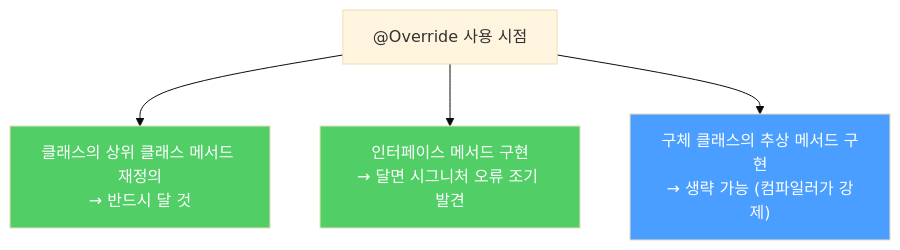
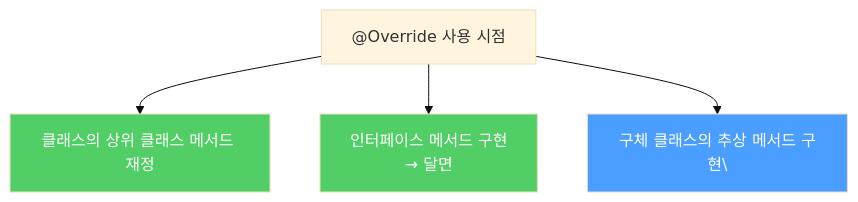
Before and after one commit to yjkim2015/yjkim2015.github.io: the second of 2 diagrams in _posts/java/2022-01-17-effective-java40.md, drawn with Mermaid (base theme). The commit also changed 271 other files, not shown here.

First line of the commit message:
Mermaid 라벨 축소: 긴 노드 텍스트 18자 이하로 트림 + \n 제거

````diff
--- a/_posts/java/2022-01-17-effective-java40.md
+++ b/_posts/java/2022-01-17-effective-java40.md
@@ -101,9 +101,9 @@
 ```mermaid
 graph TD
-    A["@Override 사용 시점"] --> B["클래스의 상위 클래스 메서드 재정의\n→ 반드시 달 것"]
-    A --> C["인터페이스 메서드 구현\n→ 달면 시그니처 오류 조기 발견"]
-    A --> D["구체 클래스의 추상 메서드 구현\n→ 생략 가능 (컴파일러가 강제)"]
+    A["@Override 사용 시점"] --> B["클래스의 상위 클래스 메서드 재정"]
+    A --> C["인터페이스 메서드 구현\n→ 달면"]
+    A --> D["구체 클래스의 추상 메서드 구현\"]
     style B fill:#51cf66,color:#fff
     style C fill:#51cf66,color:#fff
     style D fill:#4a9eff,color:#fff
 ```
````
